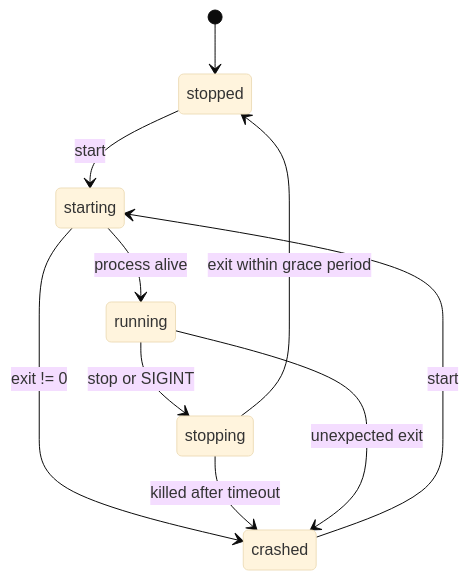
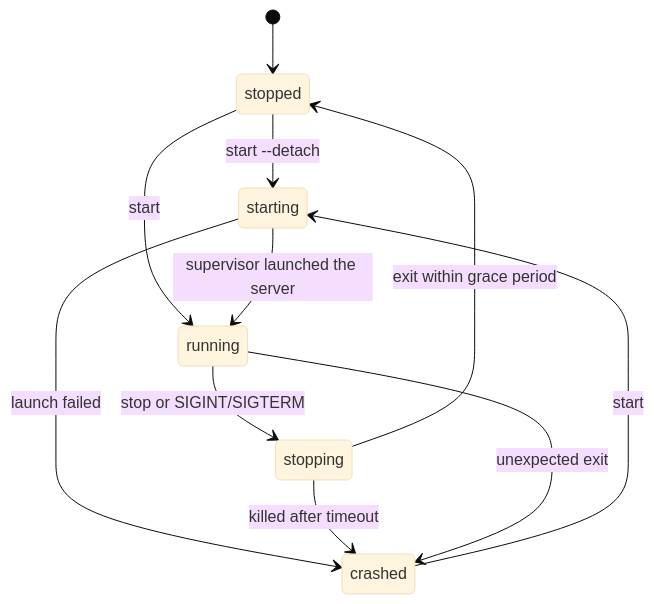
Before and after one commit to SyberFoxx/gamehost: the second of 2 diagrams in docs/design.md, drawn with Mermaid (base theme). The commit also changed other lines of this file and 6 other files, not shown here.

Commit message:
feat: detach the server and stop it from any terminal

````diff
--- a/docs/design.md
+++ b/docs/design.md
@@ -161,12 +161,13 @@
 ```mermaid
 stateDiagram-v2
     [*] --> stopped
-    stopped --> starting: start
-    starting --> running: process alive
-    starting --> crashed: exit != 0
-    running --> stopping: stop or SIGINT
+    stopped --> starting: start --detach
+    stopped --> running: start
+    starting --> running: supervisor launched the server
+    starting --> crashed: launch failed
+    running --> stopping: stop or SIGINT/SIGTERM
     stopping --> stopped: exit within grace period
     stopping --> crashed: killed after timeout
     running --> crashed: unexpected exit
     crashed --> starting: start
 ```
````
